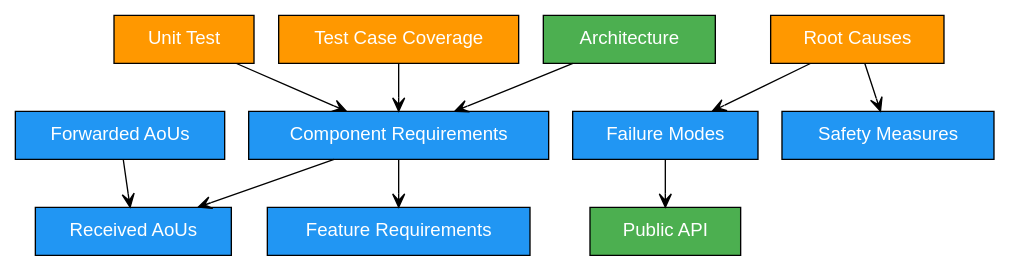
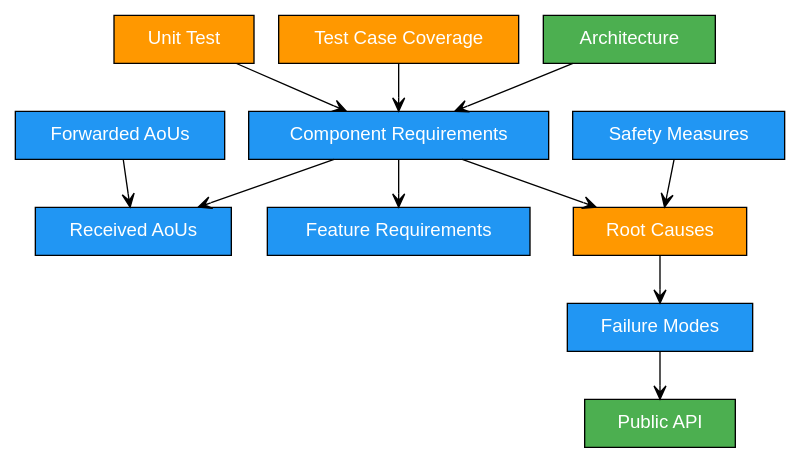
One commit to eclipse-score/tooling changed the diagram in bazel/rules/rules_score/docs/overview.rst. Above: the diagram before and after it, drawn with Graphviz. The commit also changed other lines of this file and 35 other files, not shown here.

First line of the commit message:
[rules score] link root causes directly to failure modes

```diff
--- a/bazel/rules/rules_score/docs/overview.rst
+++ b/bazel/rules/rules_score/docs/overview.rst
@@ -179,28 +179,29 @@
 .. graphviz::
 
    digraph tracing_policy {
       rankdir=TB;
       node [shape=box, style=filled, fontname="Helvetica", margin="0.3,0.1"];
       edge [arrowhead=open];
 
       "Feature Requirements" [fillcolor="#2196F3", fontcolor="white"];
       "Received AoUs" [fillcolor="#2196F3", fontcolor="white"];
       "Forwarded AoUs" [fillcolor="#2196F3", fontcolor="white"];
       "Component Requirements" [fillcolor="#2196F3", fontcolor="white"];
       "Unit Test" [fillcolor="#FF9800", fontcolor="white"];
       "Test Case Coverage" [fillcolor="#FF9800", fontcolor="white"];
       "Architecture" [fillcolor="#4CAF50", fontcolor="white"];
       "Public API" [fillcolor="#4CAF50", fontcolor="white"];
       "Failure Modes" [fillcolor="#2196F3", fontcolor="white"];
       "Safety Measures" [fillcolor="#2196F3", fontcolor="white"];
       "Root Causes" [fillcolor="#FF9800", fontcolor="white"];
       "Forwarded AoUs" -> "Received AoUs";
       "Component Requirements" -> "Feature Requirements";
       "Component Requirements" -> "Received AoUs";
+      "Component Requirements" -> "Root Causes";
       "Unit Test" -> "Component Requirements";
       "Test Case Coverage" -> "Component Requirements";
       "Architecture" -> "Component Requirements";
       "Failure Modes" -> "Public API";
       "Root Causes" -> "Failure Modes";
-      "Root Causes" -> "Safety Measures";
+      "Safety Measures" -> "Root Causes";
    }
```
